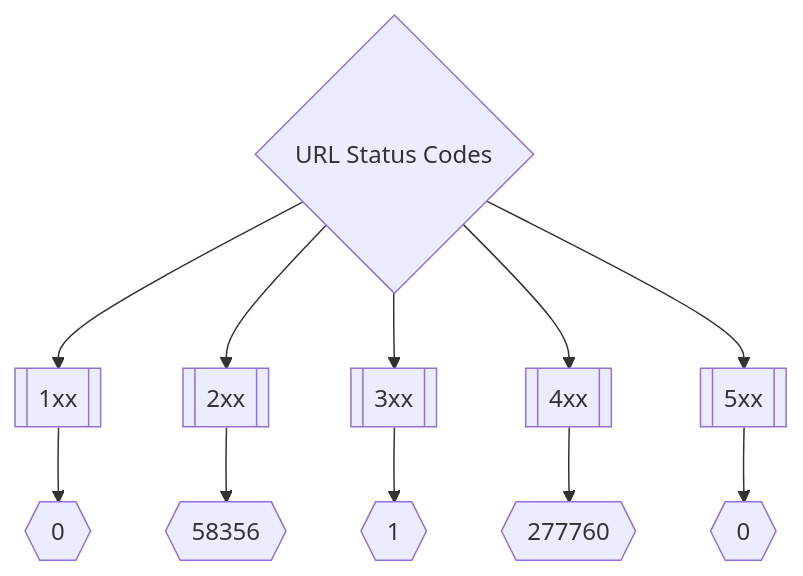
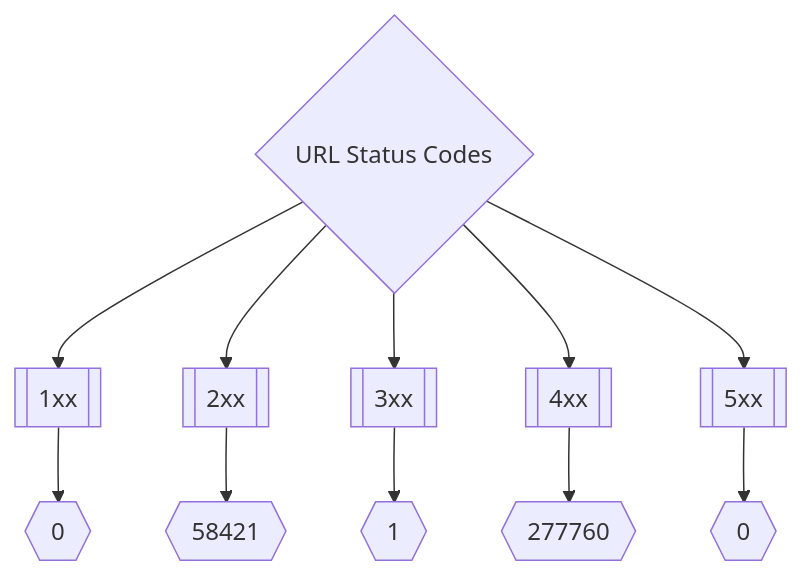
One commit to trickest/inventory changed the second of 3 diagrams in README.md. Above: the diagram before and after it, drawn with Mermaid. The commit also changed other lines of this file and 10 other files, not shown here.

````diff
--- a/README.md
+++ b/README.md
@@ -173,8 +173,8 @@
 ```mermaid
 graph TD
 title{URL Status Codes} --> 1xx[[1xx]] --> status1xxNum{{0}}
-title --> 2xx[[2xx]] --> status2xxNum{{58356}}
+title --> 2xx[[2xx]] --> status2xxNum{{58421}}
 title --> 3xx[[3xx]] --> status3xxNum{{1}}
 title --> 4xx[[4xx]] --> status4xxNum{{277760}}
 title --> 5xx[[5xx]] --> status5xxNum{{0}}
 ```
````
